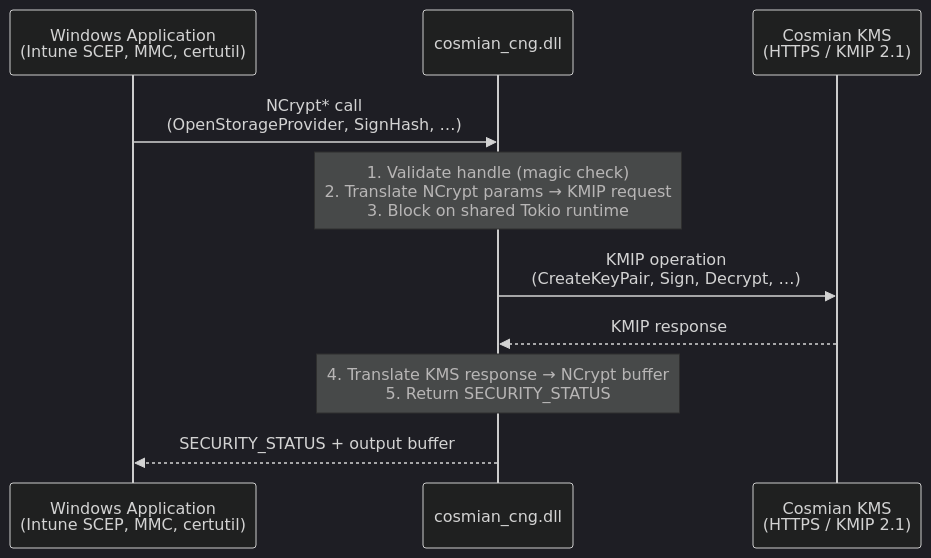
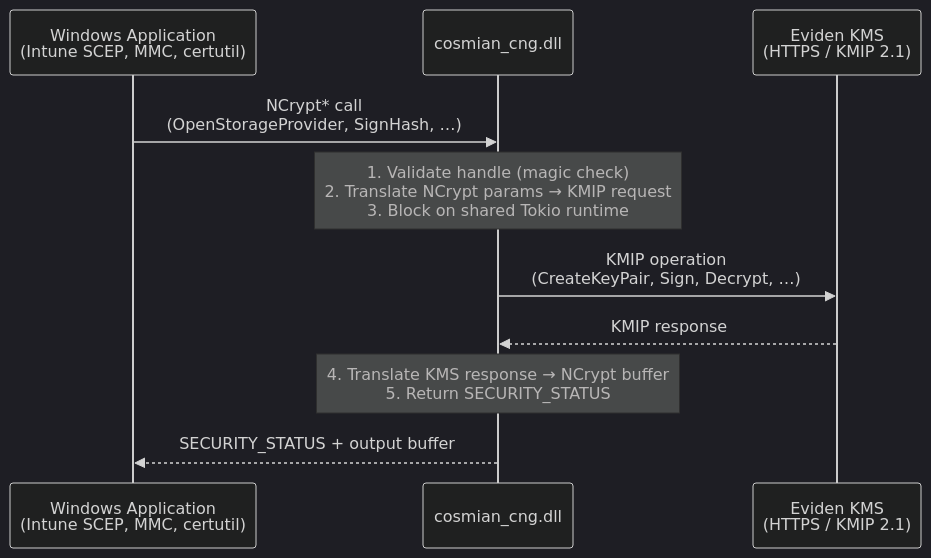
The second of 7 diagrams in documentation/docs/integrations/cloud_providers/microsoft/windows_cng_ksp.md (Cosmian/kms), drawn with Mermaid (dark theme) before and after one commit. The commit also changed other lines of this file and 6 other files, not shown here.

````diff
--- a/documentation/docs/integrations/cloud_providers/microsoft/windows_cng_ksp.md
+++ b/documentation/docs/integrations/cloud_providers/microsoft/windows_cng_ksp.md
@@ -125,13 +125,13 @@
 ```mermaid
 sequenceDiagram
     participant App as Windows Application<br/>(Intune SCEP, MMC, certutil)
     participant DLL as cosmian_cng.dll
-    participant KMS as Cosmian KMS<br/>(HTTPS / KMIP 2.1)
+    participant KMS as Eviden KMS<br/>(HTTPS / KMIP 2.1)
 
     App->>DLL: NCrypt* call<br/>(OpenStorageProvider, SignHash, …)
     Note over DLL: 1. Validate handle (magic check)<br/>2. Translate NCrypt params → KMIP request<br/>3. Block on shared Tokio runtime
     DLL->>KMS: KMIP operation<br/>(CreateKeyPair, Sign, Decrypt, …)
     KMS-->>DLL: KMIP response
     Note over DLL: 4. Translate KMS response → NCrypt buffer<br/>5. Return SECURITY_STATUS
     DLL-->>App: SECURITY_STATUS + output buffer
 ```
````
